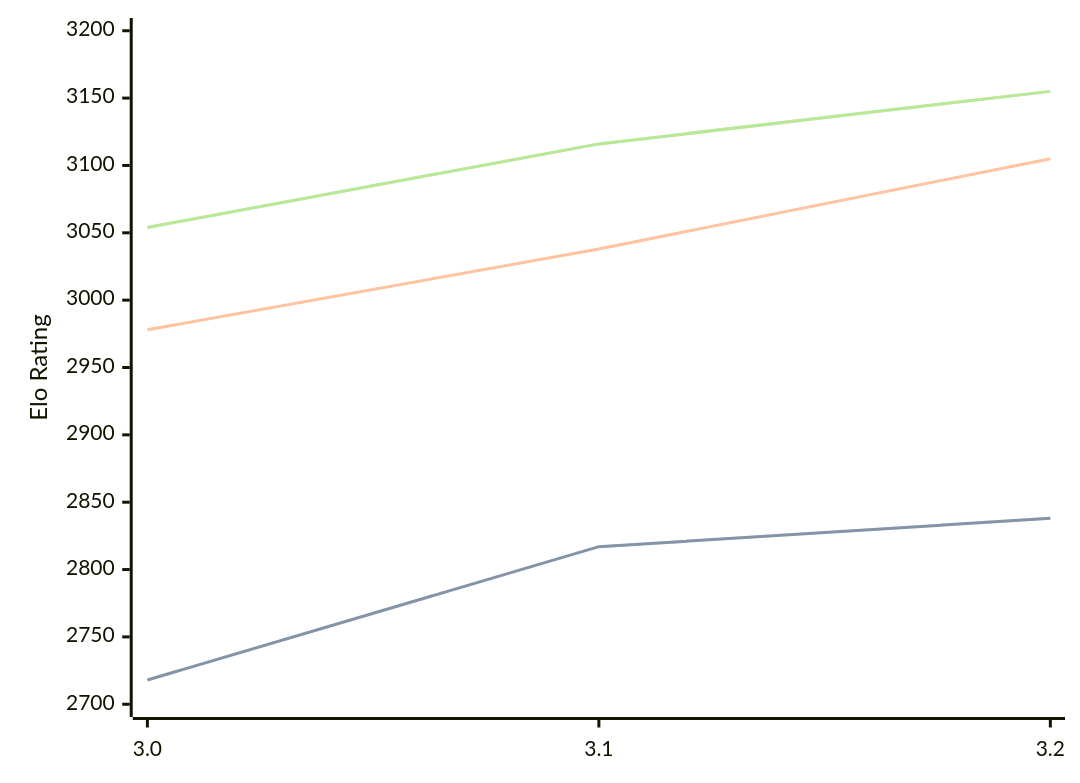
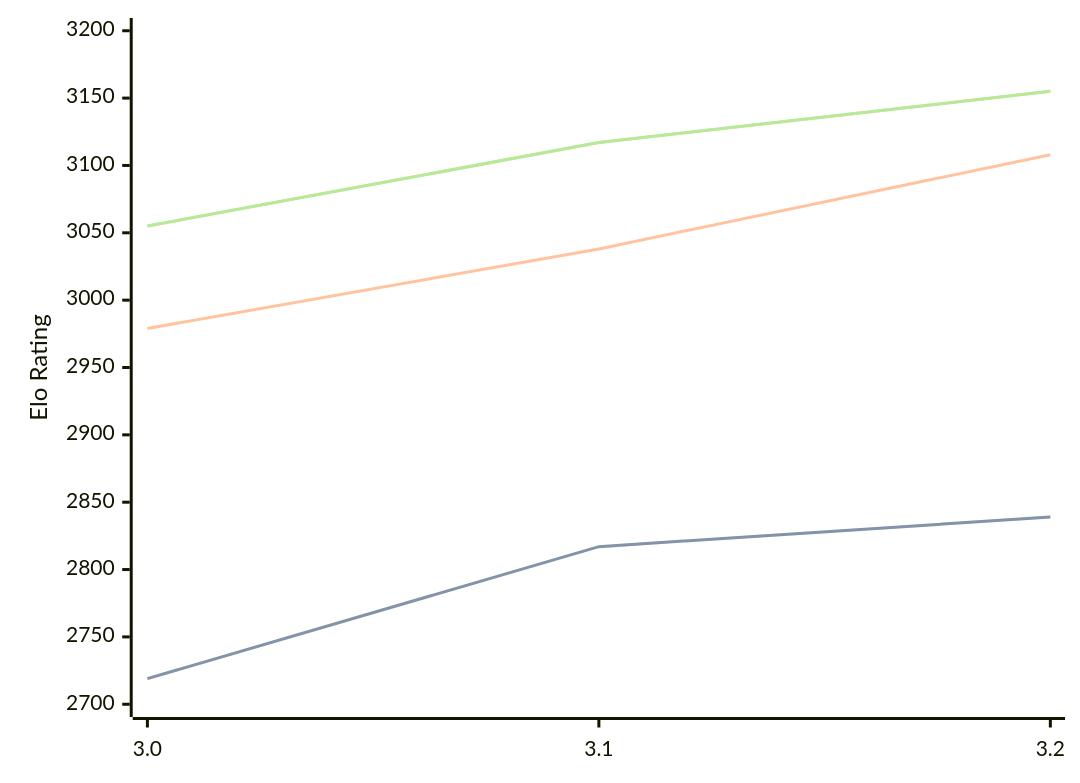
The first of 3 diagrams in engines/Vajolet2.md (computer-chess-index/cci), drawn with Mermaid before and after one commit. The commit also changed other lines of this file, not shown here.

Commit message:
Update CCI Ratings (ELO VLTC) - 2026-06-23

````diff
--- a/engines/Vajolet2.md
+++ b/engines/Vajolet2.md
@@ -41,11 +41,11 @@
 ```mermaid
 %%{init: {"theme":"base","themeVariables":{"seriesColors:['#a3a3a3','#222221','#faa371']}}}%%
 xychart-beta
   x-axis ["3.0", "3.1", "3.2"]
   y-axis "Elo Rating" 2700 --> 3200
-  line "STC (8.0+0.08s)" [2718, 2817, 2838]
-  line "STC (8.0+0.08s)" [2718, 2817, 2838]
-  line "LTC (60.0+0.60s)" [2978, 3038, 3105]
-  line "VLTC (2m24s+1.12s)" [3054, 3116, 3155]
-  line "VLTC (2m24s+1.12s)" [3054, 3116, 3155]
+  line "STC (8.0+0.08s)" [2719, 2817, 2839]
+  line "STC (8.0+0.08s)" [2719, 2817, 2839]
+  line "LTC (60.0+0.60s)" [2979, 3038, 3108]
+  line "VLTC (2m24s+1.12s)" [3055, 3117, 3155]
+  line "VLTC (2m24s+1.12s)" [3055, 3117, 3155]
 ```
````
